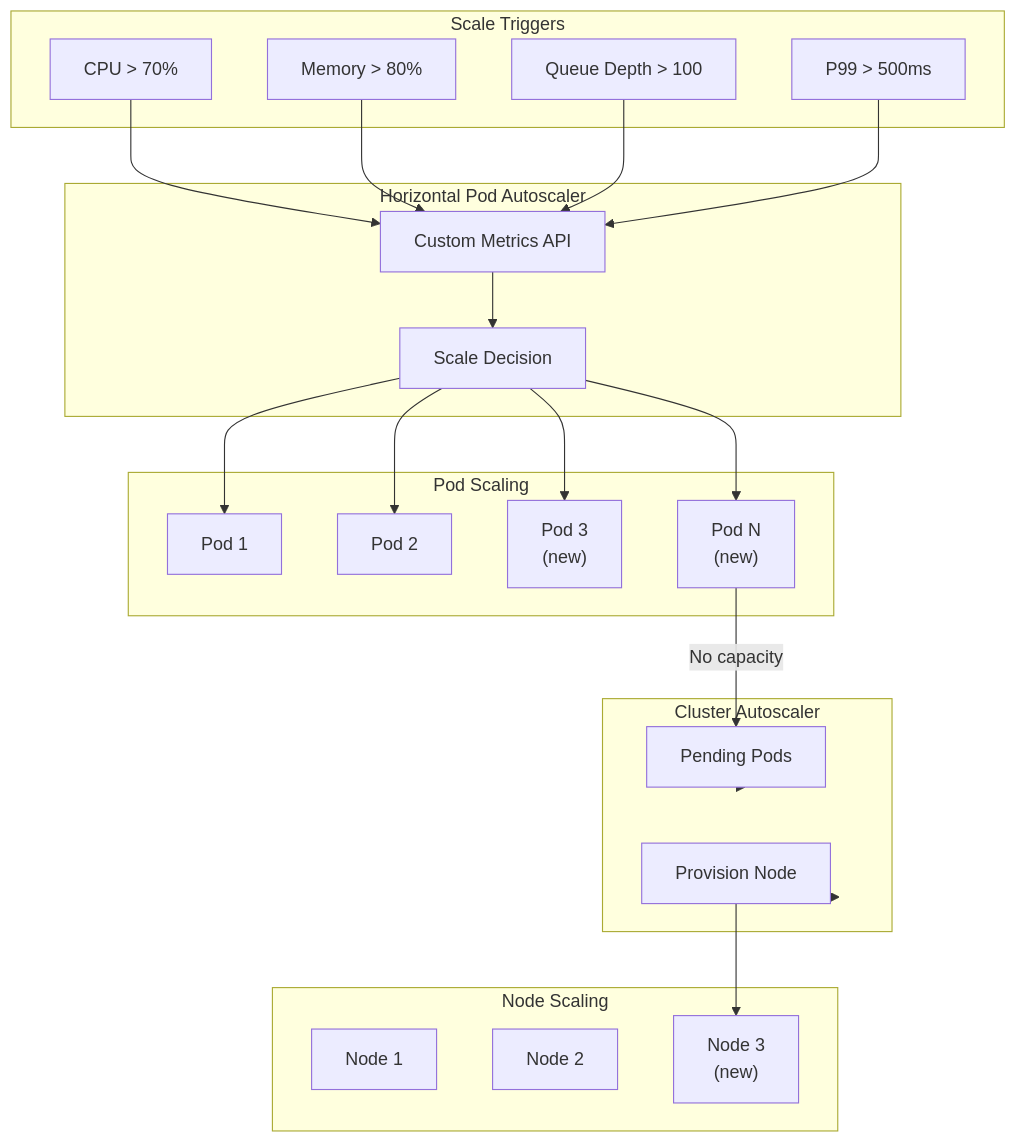
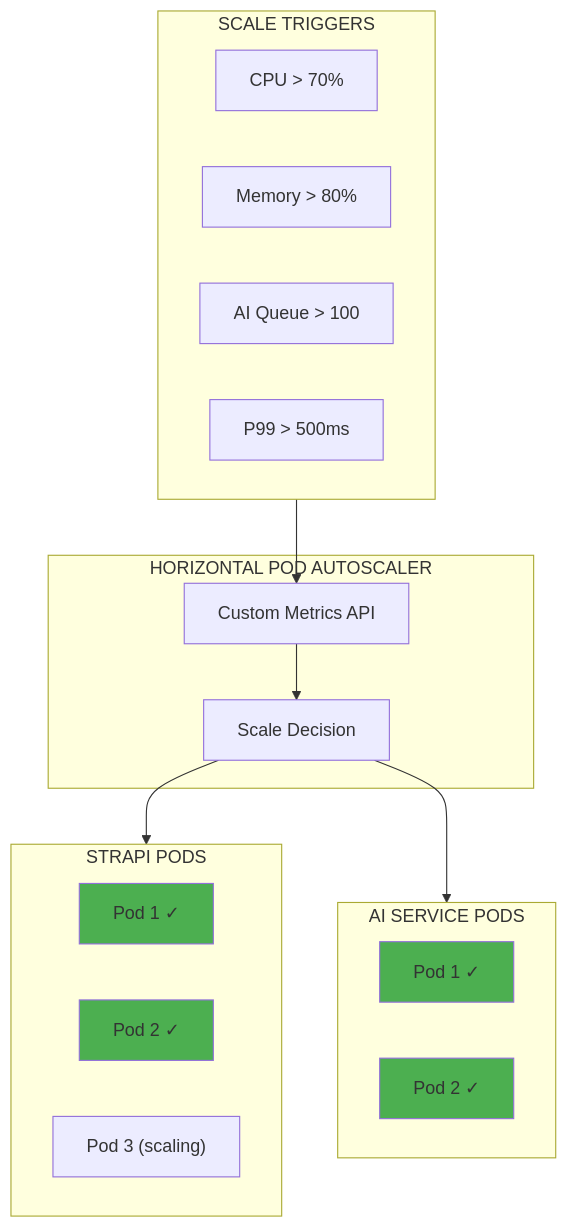
Before and after one commit to PearlThoughtsInternship/Internship-Obsidian-Vault: the ninth of 9 diagrams in DevOps/01-Product/04-Target-Architecture.md, drawn with Mermaid. The commit also changed other lines of this file and 1 other file, not shown here.

First line of the commit message:
Rewrite Capabilities and Target Architecture with ContentAI focus

````diff
--- a/DevOps/01-Product/04-Target-Architecture.md
+++ b/DevOps/01-Product/04-Target-Architecture.md
@@ -332,47 +428,34 @@
 ```mermaid
 flowchart TB
-    subgraph Triggers["Scale Triggers"]
+    subgraph Triggers["SCALE TRIGGERS"]
         CPU["CPU > 70%"]
         MEM["Memory > 80%"]
-        QUEUE["Queue Depth > 100"]
+        QUEUE["AI Queue > 100"]
         LATENCY["P99 > 500ms"]
     end
 
-    subgraph HPA["Horizontal Pod Autoscaler"]
-        METRICS["Custom Metrics API"]
-        SCALE["Scale Decision"]
+    subgraph HPA["HORIZONTAL POD AUTOSCALER"]
+        Metrics["Custom Metrics API"]
+        Decision["Scale Decision"]
     end
 
-    subgraph Pods["Pod Scaling"]
-        P1["Pod 1"]
-        P2["Pod 2"]
-        P3["Pod 3\n(new)"]
-        P4["Pod N\n(new)"]
+    subgraph Strapi["STRAPI PODS"]
+        S1["Pod 1 ✓"]
+        S2["Pod 2 ✓"]
+        S3["Pod 3 (scaling)"]
     end
 
-    subgraph CA["Cluster Autoscaler"]
-        PENDING["Pending Pods"]
-        PROVISION["Provision Node"]
+    subgraph AI["AI SERVICE PODS"]
+        A1["Pod 1 ✓"]
+        A2["Pod 2 ✓"]
     end
 
-    subgraph Nodes["Node Scaling"]
-        N1["Node 1"]
-        N2["Node 2"]
-        N3["Node 3\n(new)"]
-    end
+    Triggers --> Metrics --> Decision
+    Decision --> Strapi
+    Decision --> AI
 
-    CPU --> METRICS
-    MEM --> METRICS
-    QUEUE --> METRICS
-    LATENCY --> METRICS
-    METRICS --> SCALE
-    SCALE --> P1
-    SCALE --> P2
-    SCALE --> P3
-    SCALE --> P4
-
-    P4 -->|"No capacity"| PENDING
-    PENDING --> CA
-    CA --> PROVISION
-    PROVISION --> N3
+    style S1 fill:#4CAF50
+    style S2 fill:#4CAF50
+    style A1 fill:#4CAF50
+    style A2 fill:#4CAF50
 ```
````
